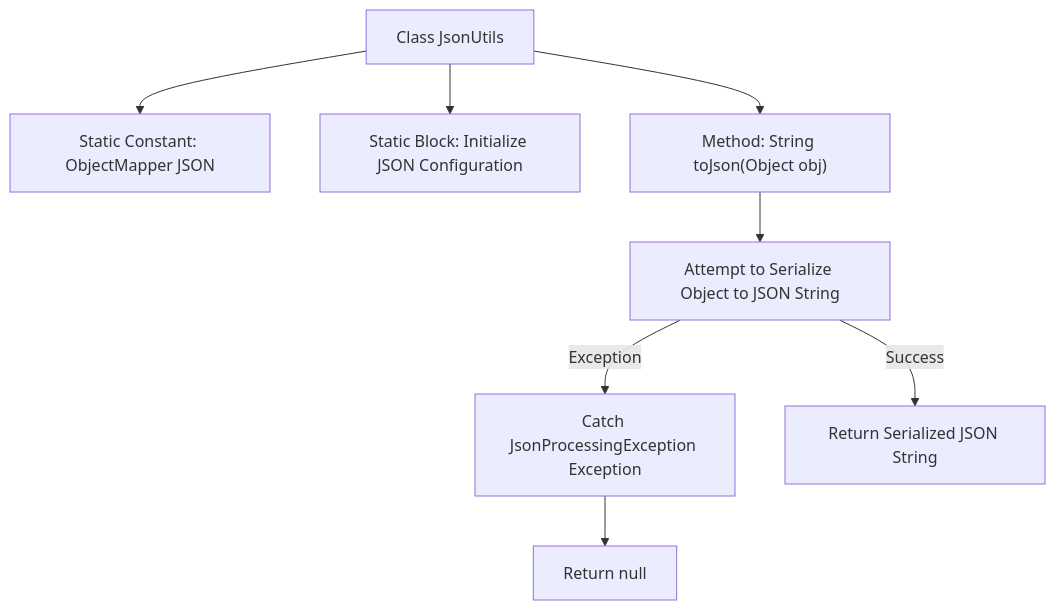
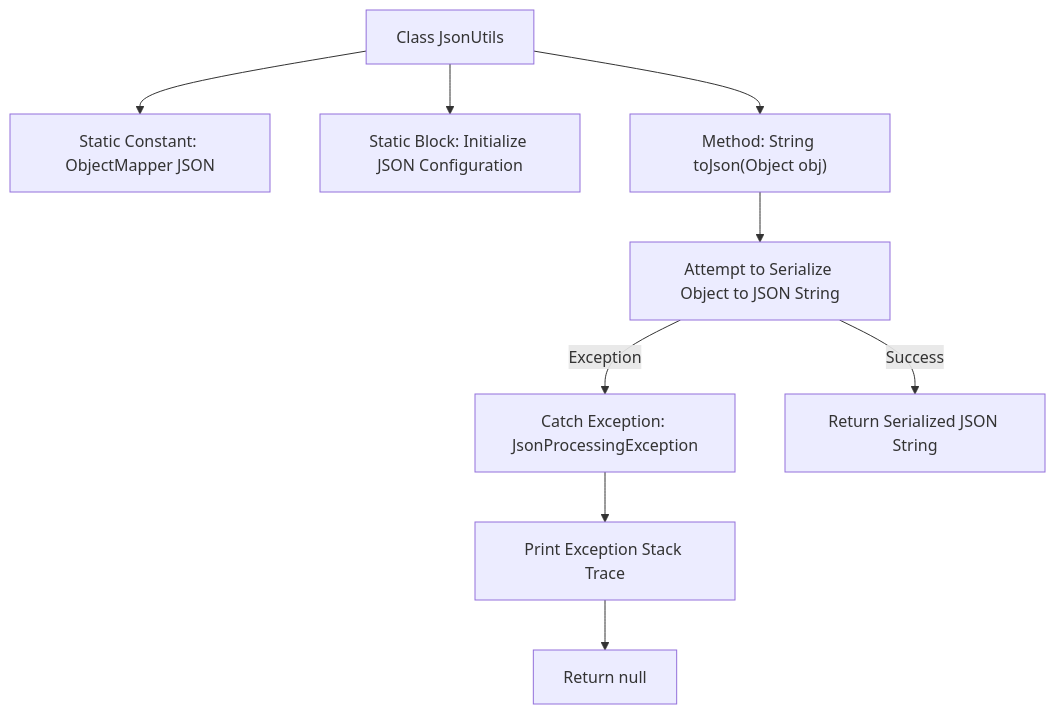
One commit to v-wjrong/binary_weixin-java-miniapp-demo changed the second of 2 diagrams in docs/en/docs/src/main/java/com/github/binarywang/demo/wx/miniapp/utils/JsonUtils.md. Above: the diagram before and after it, drawn with Mermaid. The commit also changed other lines of this file and 47 other files, not shown here.

````diff
--- a/docs/en/docs/src/main/java/com/github/binarywang/demo/wx/miniapp/utils/JsonUtils.md
+++ b/docs/en/docs/src/main/java/com/github/binarywang/demo/wx/miniapp/utils/JsonUtils.md
@@ -73,18 +74,19 @@
 ```mermaid
 graph TD
     A["Class JsonUtils"]
     B["Static Constant: ObjectMapper JSON"]
     C["Static Block: Initialize JSON Configuration"]
     D["Method: String toJson(Object obj)"]
     E["Attempt to Serialize Object to JSON String"]
-    F["Catch JsonProcessingException Exception"]
+    F["Catch Exception: JsonProcessingException"]
     G["Return null"]
 
     A --> B
     A --> C
     A --> D
     D --> E
     E -- Success --> H["Return Serialized JSON String"]
     E -- Exception --> F
-    F --> G
+    F --> I["Print Exception Stack Trace"]
+    I --> G
 ```
````
